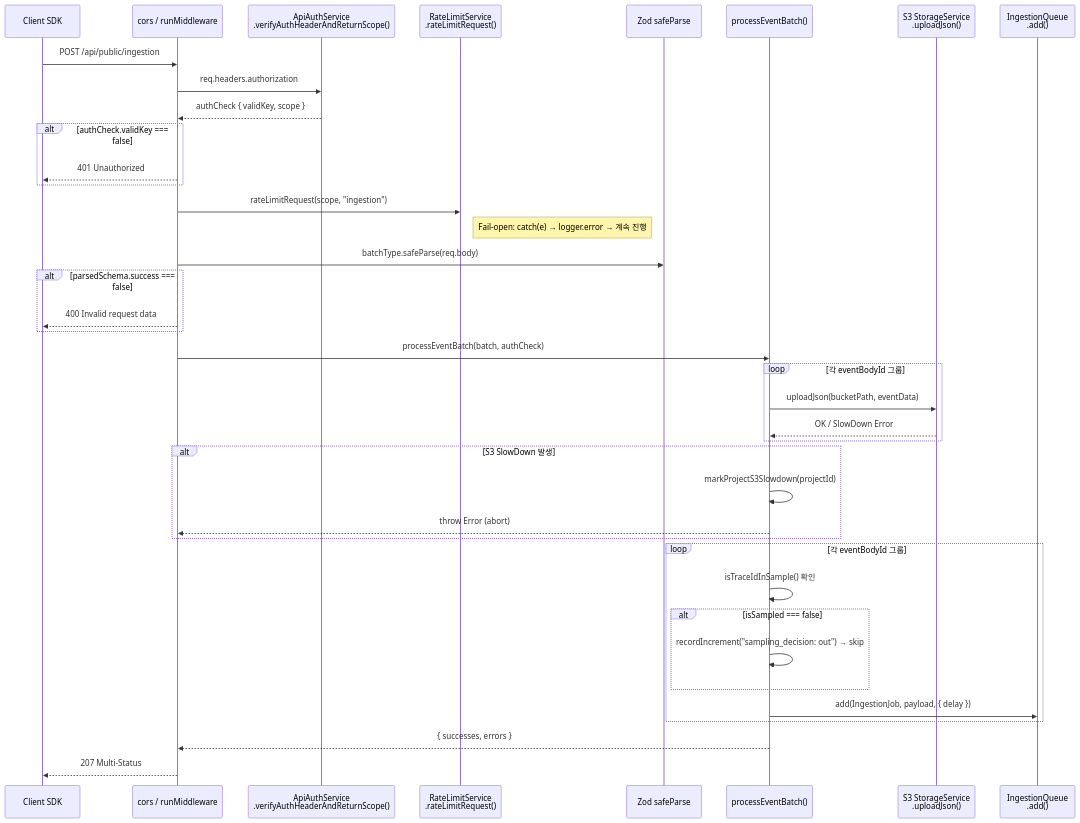
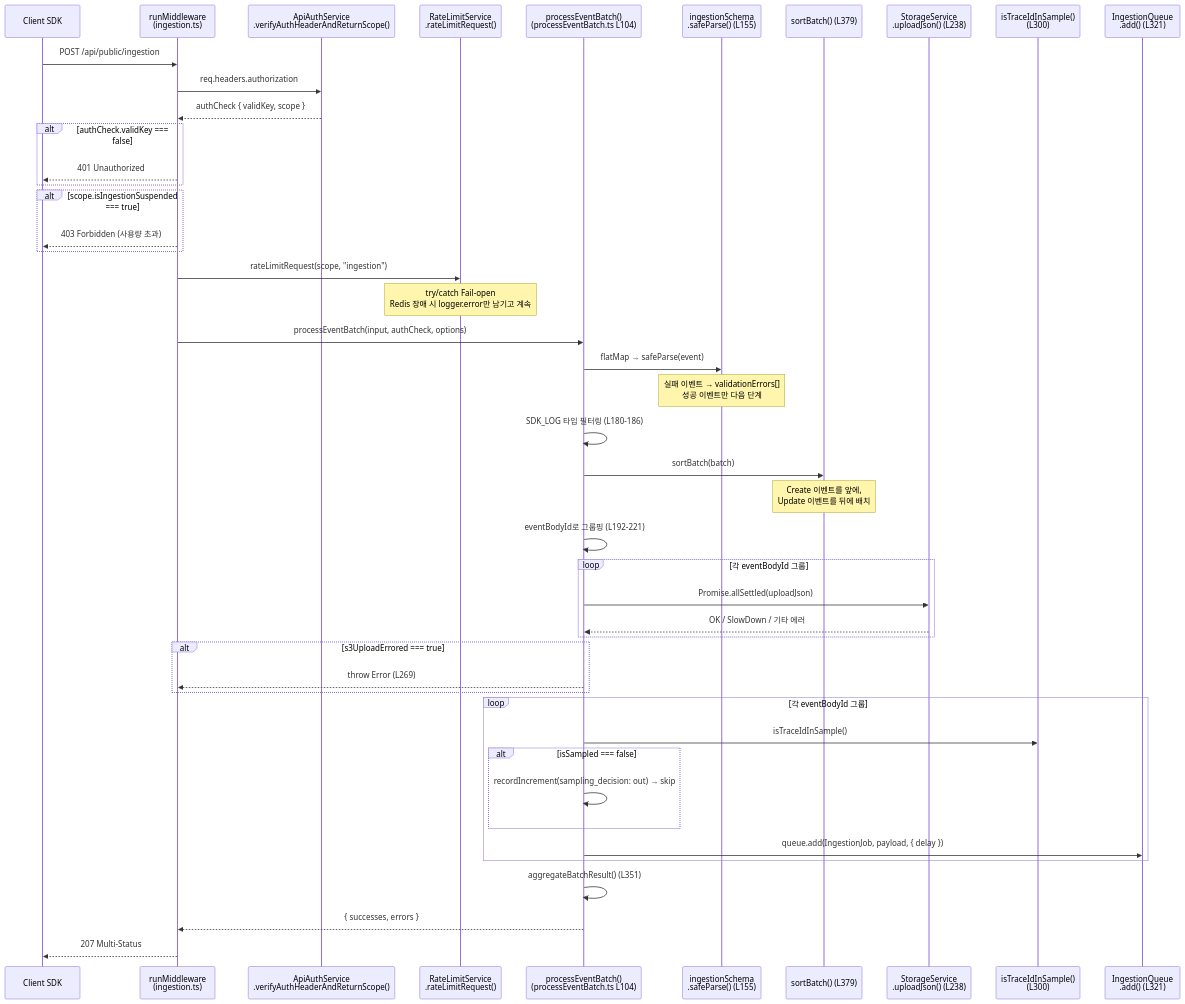
The first of 11 diagrams in docs/50-source-analysis/10-ingestion-source-breakdown.md (dhs-shine/langfuse), drawn with Mermaid before and after one commit. The commit also changed other lines of this file and 3 other files, not shown here.

````diff
--- a/docs/50-source-analysis/10-ingestion-source-breakdown.md
+++ b/docs/50-source-analysis/10-ingestion-source-breakdown.md
@@ -14,50 +17,58 @@
 ```mermaid
 sequenceDiagram
     participant SDK as Client SDK
-    participant MW as cors / runMiddleware
+    participant MW as runMiddleware<br/>(ingestion.ts)
     participant Auth as ApiAuthService<br/>.verifyAuthHeaderAndReturnScope()
     participant RL as RateLimitService<br/>.rateLimitRequest()
-    participant Zod as Zod safeParse
-    participant PEB as processEventBatch()
-    participant S3 as S3 StorageService<br/>.uploadJson()
-    participant IQ as IngestionQueue<br/>.add()
+    participant PEB as processEventBatch()<br/>(processEventBatch.ts L104)
+    participant Schema as ingestionSchema<br/>.safeParse() (L155)
+    participant Sort as sortBatch() (L379)
+    participant S3 as StorageService<br/>.uploadJson() (L238)
+    participant Sample as isTraceIdInSample()<br/>(L300)
+    participant IQ as IngestionQueue<br/>.add() (L321)
 
     SDK->>MW: POST /api/public/ingestion
     MW->>Auth: req.headers.authorization
     Auth-->>MW: authCheck { validKey, scope }
 
     alt authCheck.validKey === false
         MW-->>SDK: 401 Unauthorized
     end
+    alt scope.isIngestionSuspended === true
+        MW-->>SDK: 403 Forbidden (사용량 초과)
+    end
 
     MW->>RL: rateLimitRequest(scope, "ingestion")
-    Note right of RL: Fail-open: catch(e) → logger.error → 계속 진행
+    Note over RL: try/catch Fail-open<br/>Redis 장애 시 logger.error만 남기고 계속
 
-    MW->>Zod: batchType.safeParse(req.body)
-    alt parsedSchema.success === false
-        MW-->>SDK: 400 Invalid request data
+    MW->>PEB: processEventBatch(input, authCheck, options)
+    PEB->>Schema: flatMap → safeParse(event)
+    Note over Schema: 실패 이벤트 → validationErrors[]<br/>성공 이벤트만 다음 단계
+
+    PEB->>PEB: SDK_LOG 타입 필터링 (L180-186)
+    PEB->>Sort: sortBatch(batch)
+    Note over Sort: Create 이벤트를 앞에,<br/>Update 이벤트를 뒤에 배치
+
+    PEB->>PEB: eventBodyId로 그룹핑 (L192-221)
+
+    loop 각 eventBodyId 그룹
+        PEB->>S3: Promise.allSettled(uploadJson)
+        S3-->>PEB: OK / SlowDown / 기타 에러
     end
 
-    MW->>PEB: processEventBatch(batch, authCheck)
-
-    loop 각 eventBodyId 그룹
-        PEB->>S3: uploadJson(bucketPath, eventData)
-        S3-->>PEB: OK / SlowDown Error
-    end
-
-    alt S3 SlowDown 발생
-        PEB->>PEB: markProjectS3Slowdown(projectId)
-        PEB-->>MW: throw Error (abort)
+    alt s3UploadErrored === true
+        PEB-->>MW: throw Error (L269)
     end
 
     loop 각 eventBodyId 그룹
-        PEB->>PEB: isTraceIdInSample() 확인
+        PEB->>Sample: isTraceIdInSample()
         alt isSampled === false
-            PEB->>PEB: recordIncrement("sampling_decision: out") → skip
+            PEB->>PEB: recordIncrement(sampling_decision: out) → skip
         end
-        PEB->>IQ: add(IngestionJob, payload, { delay })
+        PEB->>IQ: queue.add(IngestionJob, payload, { delay })
     end
 
+    PEB->>PEB: aggregateBatchResult() (L351)
     PEB-->>MW: { successes, errors }
     MW-->>SDK: 207 Multi-Status
 ```
````
